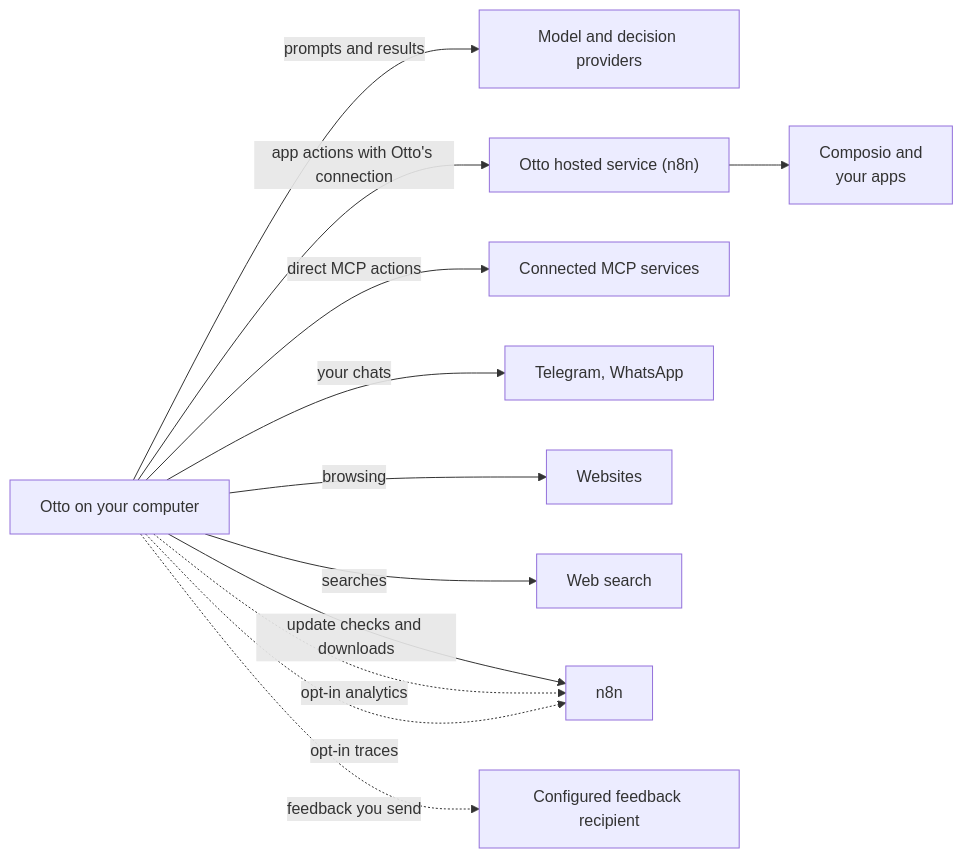
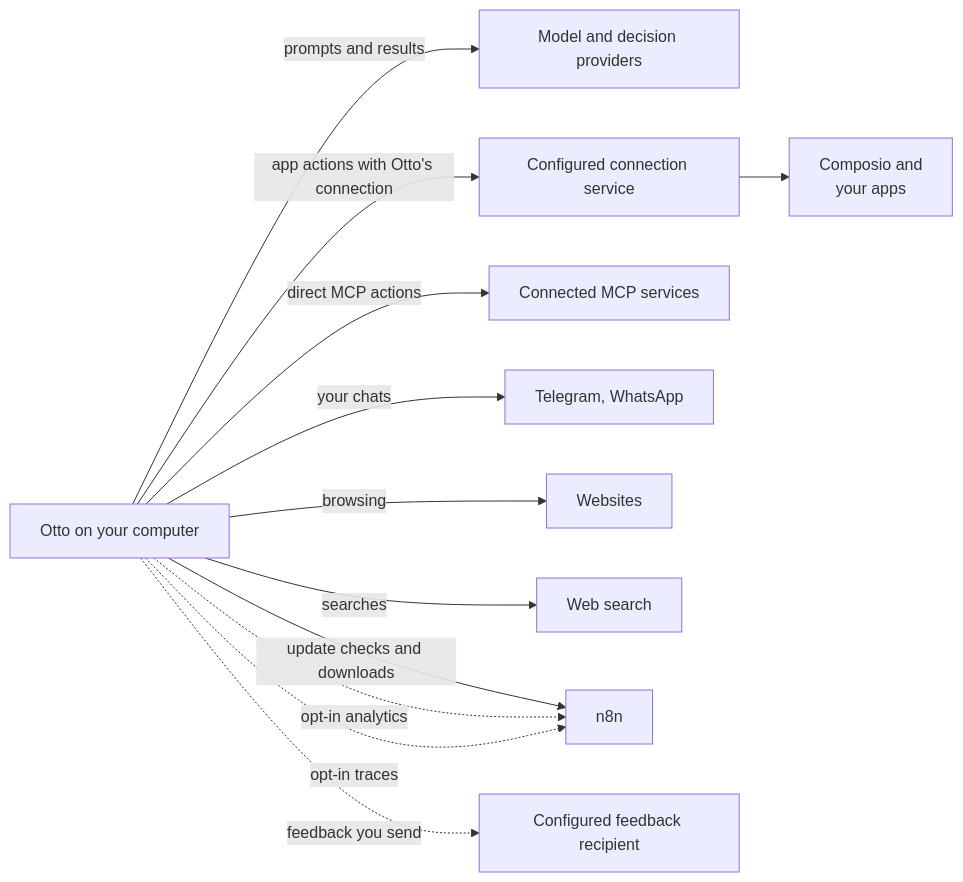
The diagram in docs/src/content/docs/trust/privacy.md (n8n-io/nod), drawn with Mermaid before and after one commit. The commit also changed other lines of this file and 8 other files, not shown here.

````diff
--- a/docs/src/content/docs/trust/privacy.md
+++ b/docs/src/content/docs/trust/privacy.md
@@ -29,15 +29,15 @@
 ```mermaid
 flowchart LR
   otto[Otto on your computer]:::accent
   otto -- prompts and results --> model[Model and decision providers]
-  otto -- app actions with Otto's connection --> managed["Otto hosted service (n8n)"]
+  otto -- app actions with Otto's connection --> managed["Configured connection service"]
   managed --> apps[Composio and<br/>your apps]
   otto -- direct MCP actions --> mcp[Connected MCP services]
   otto -- your chats --> chat[Telegram, WhatsApp]
   otto -- browsing --> web[Websites]
   otto -- searches --> search[Web search]
   otto -- update checks and downloads --> n8n[n8n]:::muted
   otto -. opt-in analytics .-> n8n[n8n]:::muted
   otto -. opt-in traces .-> n8n[n8n]:::muted
   otto -. feedback you send .-> feedback[Configured feedback recipient]:::muted
 ```
````
